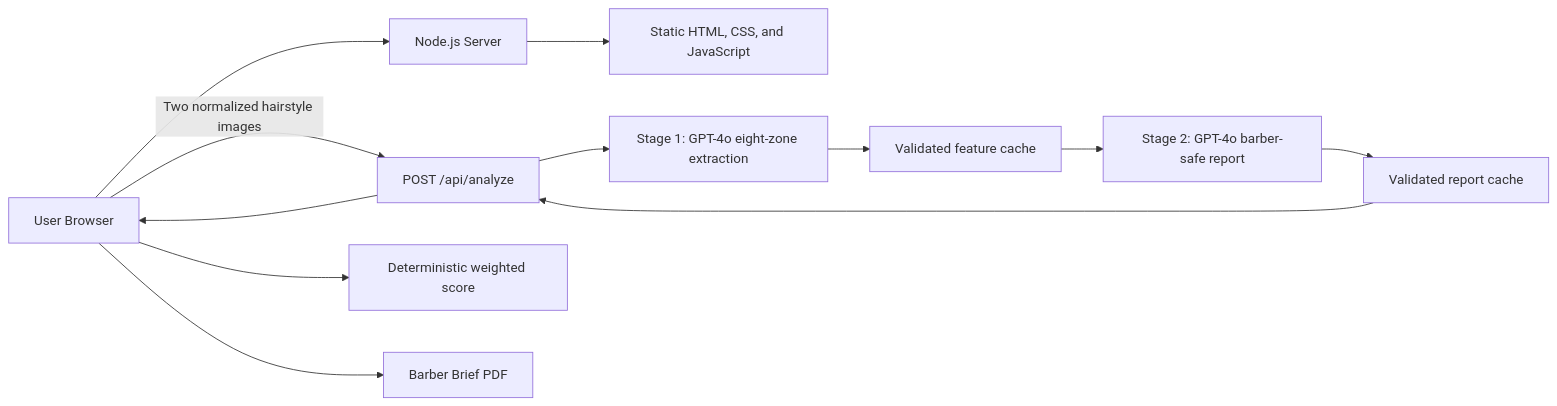
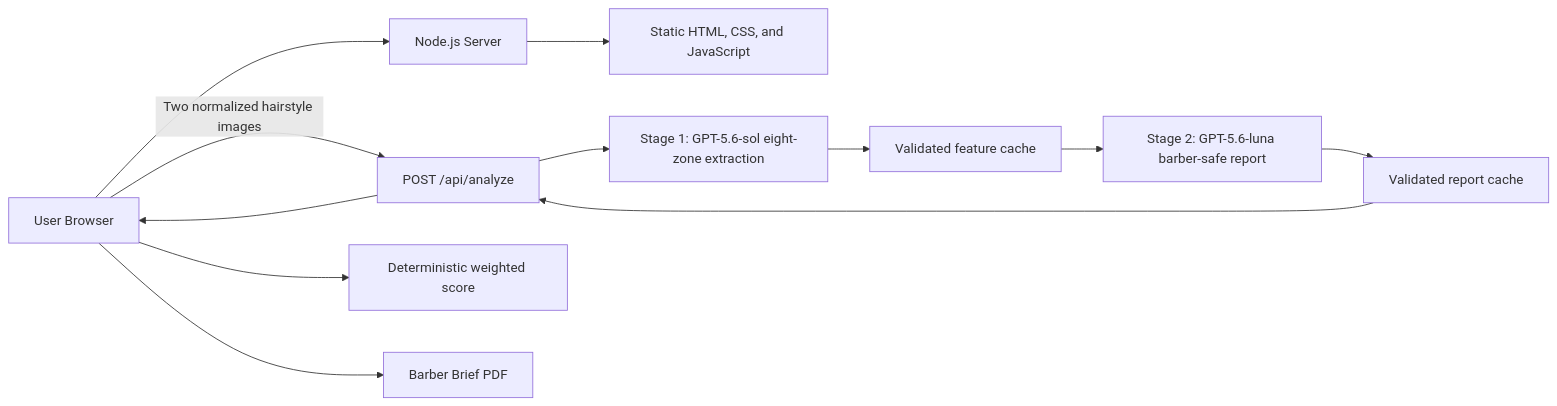
One commit to poxiaoyueya/SnipMatch changed the diagram in README.md. Above: the diagram before and after it, drawn with Mermaid. The commit also changed other lines of this file, not shown here.

First line of the commit message:
Update GPT model references in README.md

````diff
--- a/README.md
+++ b/README.md
@@ -42,14 +42,14 @@
 ```mermaid
 flowchart LR
     A[User Browser] --> B[Node.js Server]
     B --> C[Static HTML, CSS, and JavaScript]
     A -->|Two normalized hairstyle images| D[POST /api/analyze]
-    D --> E[Stage 1: GPT-4o eight-zone extraction]
+    D --> E[Stage 1: GPT-5.6-sol eight-zone extraction]
     E --> H[Validated feature cache]
-    H --> R[Stage 2: GPT-4o barber-safe report]
+    H --> R[Stage 2: GPT-5.6-luna barber-safe report]
     R --> J[Validated report cache]
     J --> D
     D --> A
     A --> F[Deterministic weighted score]
     A --> G[Barber Brief PDF]
 ```
````
